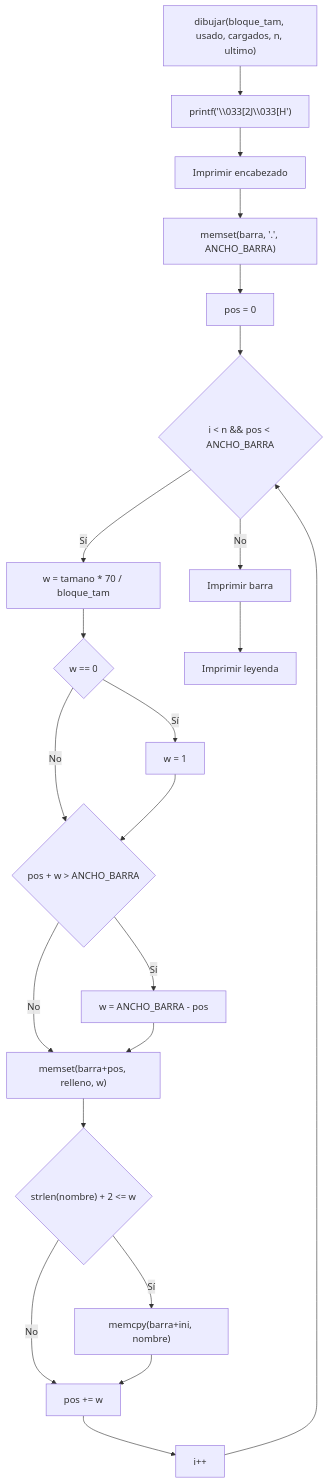
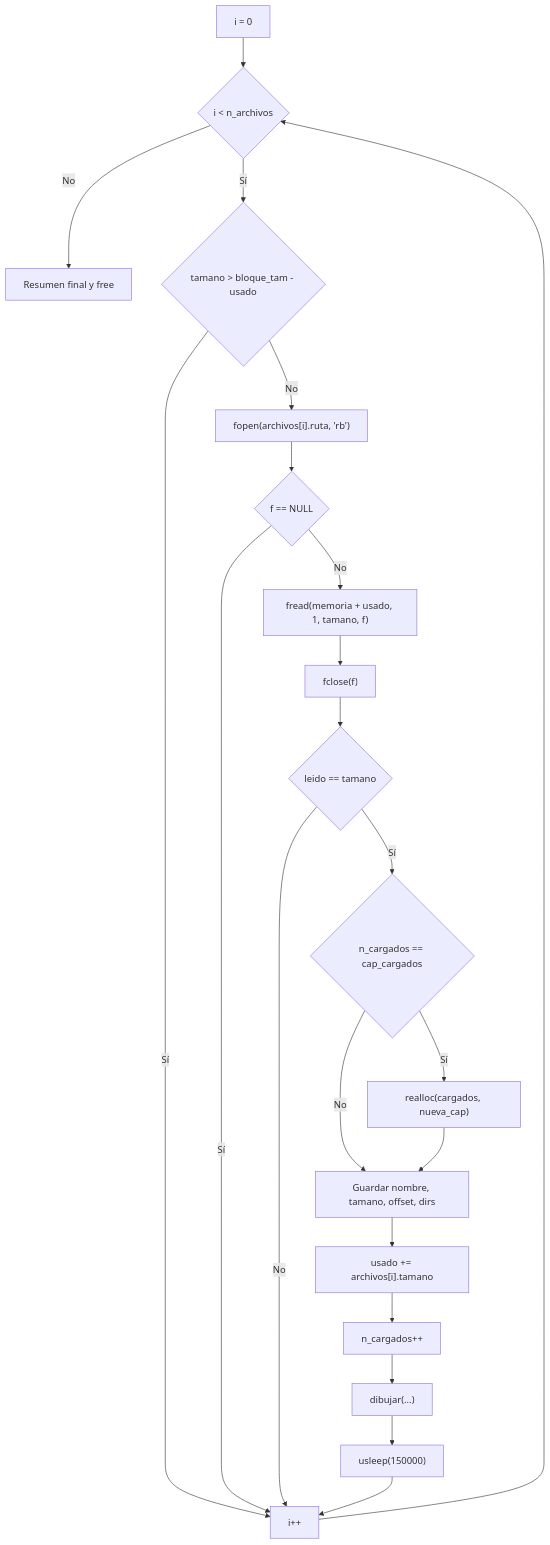
The fifth of 6 diagrams in reports/programa-2/REPORT.md (dantecc10/operative-systems-ii), drawn with Mermaid before and after one commit. The commit also changed other lines of this file and 11 other files, not shown here.

````diff
--- a/reports/programa-2/REPORT.md
+++ b/reports/programa-2/REPORT.md
@@ -523,24 +998,24 @@
 ```mermaid
 flowchart TD
-    A["dibujar(bloque_tam, usado, cargados, n, ultimo)"] --> B["printf('\\033[2J\\033[H')"]
-    B --> C["Imprimir encabezado"]
-    C --> D["memset(barra, '.', ANCHO_BARRA)"]
-    D --> E["pos = 0"]
-    E --> F{"i < n && pos < ANCHO_BARRA"}
-    F -->|"No"| G["Imprimir barra"]
-    F -->|"Sí"| H["w = tamano * 70 / bloque_tam"]
-    H --> I{"w == 0"}
-    I -->|"Sí"| J["w = 1"]
-    I -->|"No"| K{"pos + w > ANCHO_BARRA"}
-    J --> K
-    K -->|"Sí"| L["w = ANCHO_BARRA - pos"]
-    K -->|"No"| M["memset(barra+pos, relleno, w)"]
+    A["i = 0"] --> B{"i < n_archivos"}
+    B -->|"No"| C["Resumen final y free"]
+    B -->|"Sí"| D{"tamano > bloque_tam - usado"}
+    D -->|"Sí"| E["i++"]
+    E --> B
+    D -->|"No"| F["fopen(archivos[i].ruta, 'rb')"]
+    F --> G{"f == NULL"}
+    G -->|"Sí"| E
+    G -->|"No"| H["fread(memoria + usado, 1, tamano, f)"]
+    H --> I["fclose(f)"]
+    I --> J{"leido == tamano"}
+    J -->|"No"| E
+    J -->|"Sí"| K{"n_cargados == cap_cargados"}
+    K -->|"Sí"| L["realloc(cargados, nueva_cap)"]
+    K -->|"No"| M["Guardar nombre, tamano, offset, dirs"]
     L --> M
-    M --> N{"strlen(nombre) + 2 <= w"}
-    N -->|"Sí"| O["memcpy(barra+ini, nombre)"]
-    N -->|"No"| P["pos += w"]
-    O --> P
-    P --> Q["i++"]
-    Q --> F
-    G --> R["Imprimir leyenda"]
+    M --> N["usado += archivos[i].tamano"]
+    N --> O["n_cargados++"]
+    O --> P["dibujar(...)"]
+    P --> Q["usleep(150000)"]
+    Q --> E
 ```
````
